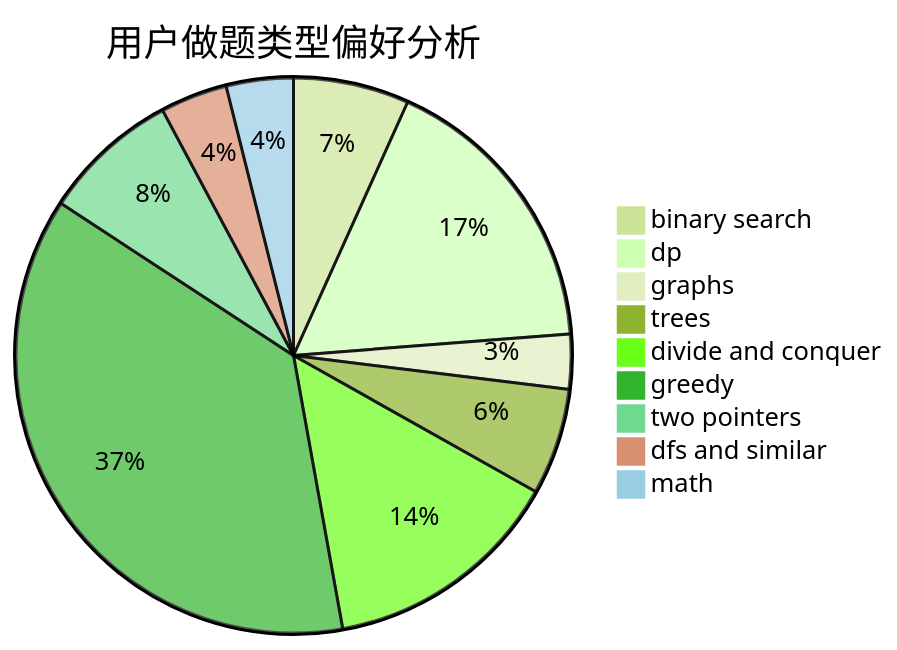
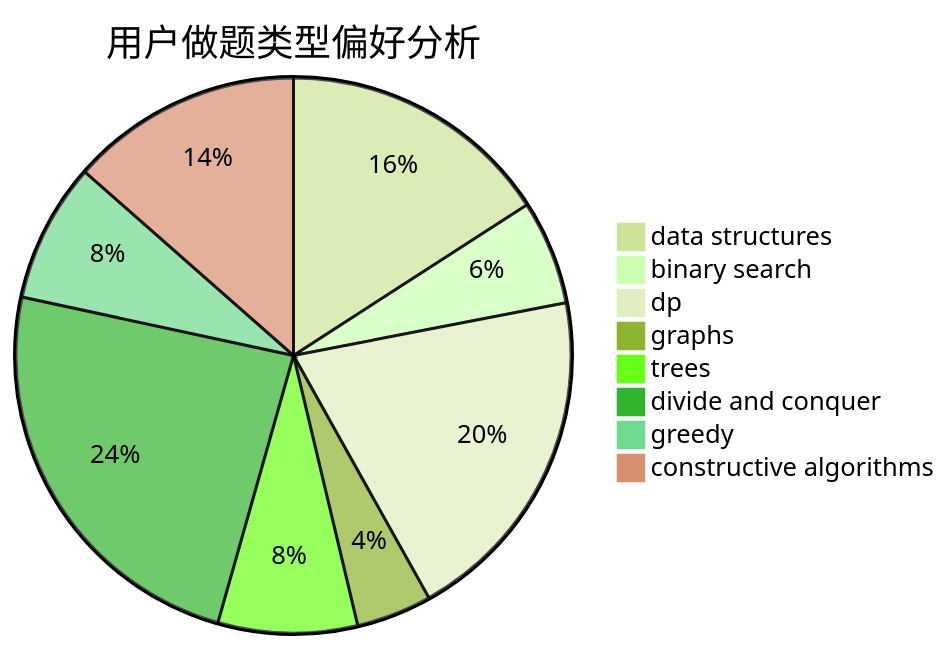
The second of 3 diagrams in docs/user/u2350.md (sherpahu/cfrs.github.io), drawn with Mermaid (forest theme) before and after one commit. The commit also changed other lines of this file and 2775 other files, not shown here.

````diff
--- a/docs/user/u2350.md
+++ b/docs/user/u2350.md
@@ -23,12 +23,11 @@
 ```mermaid
 pie title 用户做题类型偏好分析
-    "binary search" :  38
-    "dp" :  96
-    "graphs" :  18
-    "trees" :  35
-    "divide and conquer" :  79
-    "greedy" :  209
-    "two pointers" :  45
-    "dfs and similar" :  22
-    "math" :  22
+    "data structures" :  47
+    "binary search" :  18
+    "dp" :  59
+    "graphs" :  13
+    "trees" :  24
+    "divide and conquer" :  71
+    "greedy" :  24
+    "constructive algorithms" :  40
 ```
````
